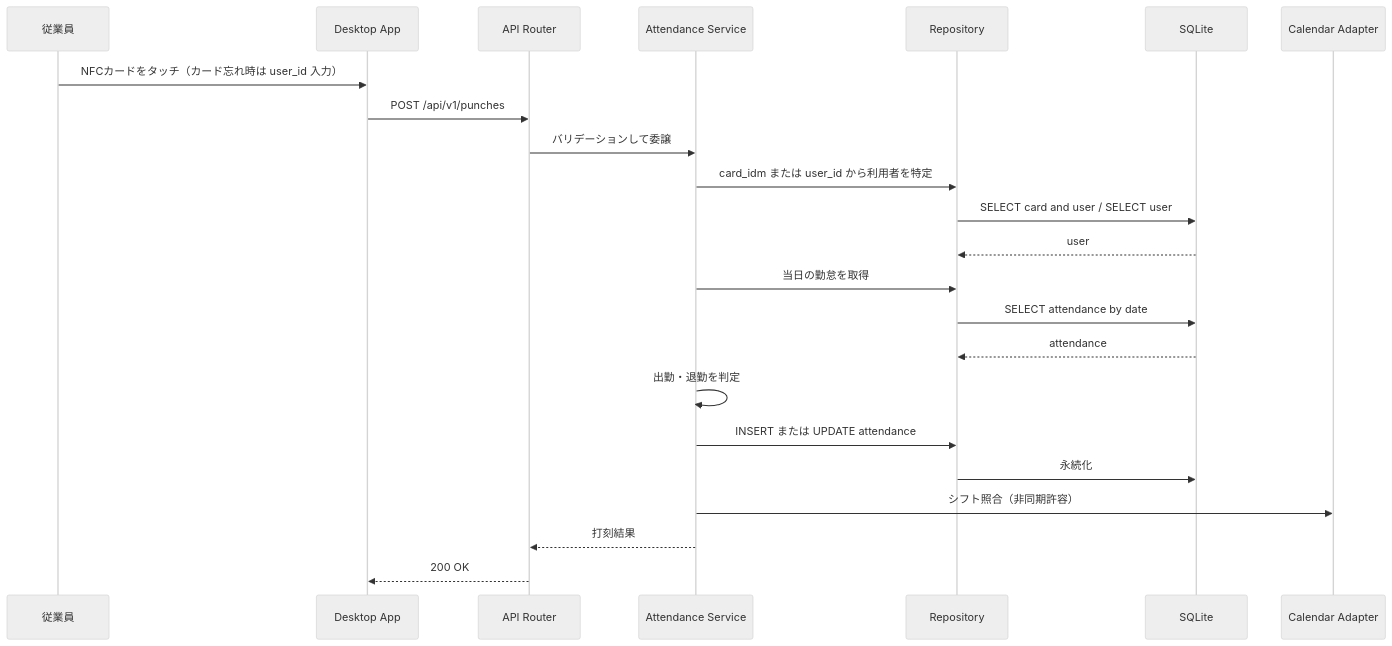
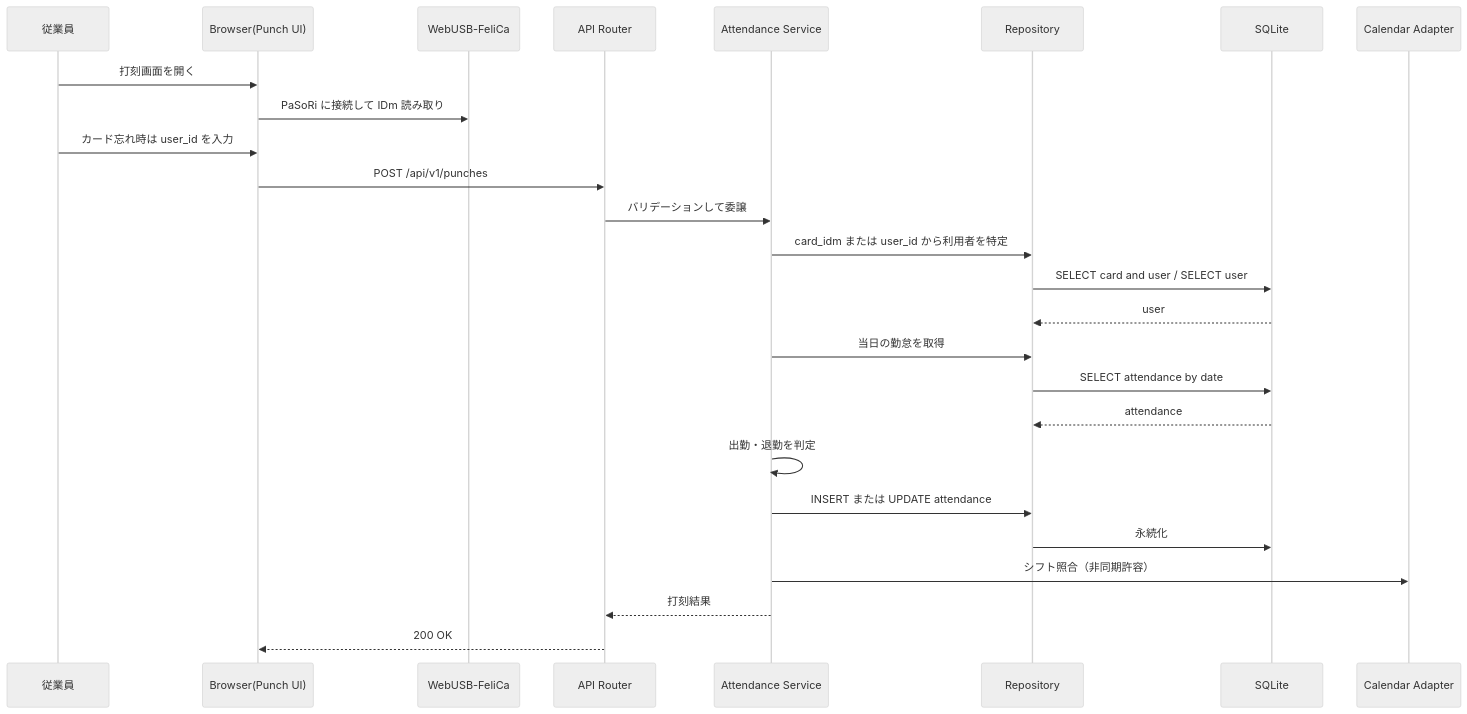
One commit to tukumanalab/kint changed the second of 3 diagrams in docs/architecture.md. Above: the diagram before and after it, drawn with Mermaid (neutral theme). The commit also changed other lines of this file and 4 other files, not shown here.

First line of the commit message:
feat: Update API and architecture for WebUSB NFC punch functionality

````diff
--- a/docs/architecture.md
+++ b/docs/architecture.md
@@ -54,26 +55,29 @@
 ```mermaid
 sequenceDiagram
   participant Emp as 従業員
-  participant Desk as Desktop App
+  participant Brw as Browser(Punch UI)
+  participant USB as WebUSB-FeliCa
   participant Rt as API Router
   participant Sv as Attendance Service
   participant Rp as Repository
   participant Db as SQLite
   participant Cal as Calendar Adapter
 
-  Emp->>Desk: NFCカードをタッチ（カード忘れ時は user_id 入力）
-  Desk->>Rt: POST /api/v1/punches
+  Emp->>Brw: 打刻画面を開く
+  Brw->>USB: PaSoRi に接続して IDm 読み取り
+  Emp->>Brw: カード忘れ時は user_id を入力
+  Brw->>Rt: POST /api/v1/punches
   Rt->>Sv: バリデーションして委譲
   Sv->>Rp: card_idm または user_id から利用者を特定
   Rp->>Db: SELECT card and user / SELECT user
   Db-->>Rp: user
   Sv->>Rp: 当日の勤怠を取得
   Rp->>Db: SELECT attendance by date
   Db-->>Rp: attendance
   Sv->>Sv: 出勤・退勤を判定
   Sv->>Rp: INSERT または UPDATE attendance
   Rp->>Db: 永続化
   Sv->>Cal: シフト照合（非同期許容）
   Sv-->>Rt: 打刻結果
-  Rt-->>Desk: 200 OK
+  Rt-->>Brw: 200 OK
 ```
````
